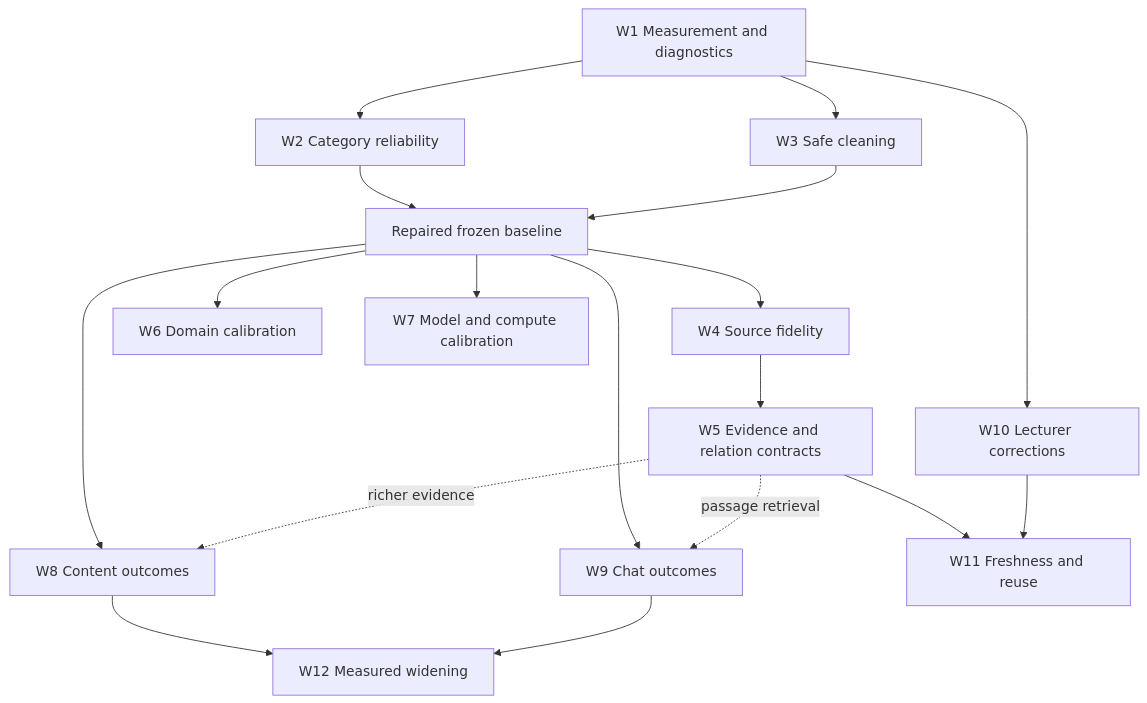
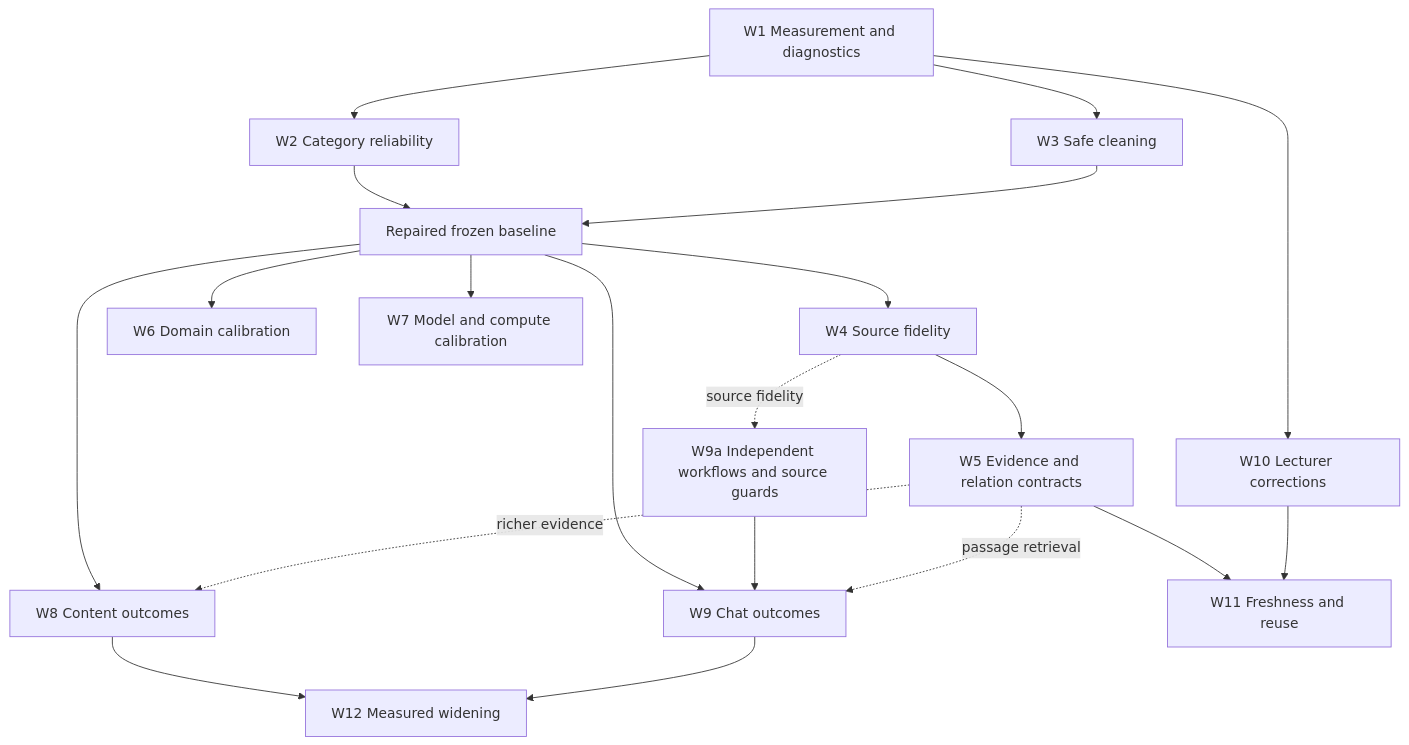
One commit to uzh-bf/klicker-uzh changed the diagram in project/2026-09-12-kg-quality-roadmap.md. Above: the diagram before and after it, drawn with Mermaid. The commit also changed other lines of this file and 14 other files, not shown here.

Commit message:
fix(knowledge): keep ingestion and graph workflows independent (#6460)

````diff
--- a/project/2026-09-12-kg-quality-roadmap.md
+++ b/project/2026-09-12-kg-quality-roadmap.md
@@ -364,20 +416,22 @@
 ```mermaid
 flowchart TD
   W1[W1 Measurement and diagnostics] --> W2[W2 Category reliability]
   W1 --> W3[W3 Safe cleaning]
   W2 --> R[Repaired frozen baseline]
   W3 --> R
   R --> W4[W4 Source fidelity]
   W4 --> W5[W5 Evidence and relation contracts]
   R --> W6[W6 Domain calibration]
   R --> W7[W7 Model and compute calibration]
   R --> W8[W8 Content outcomes]
   R --> W9[W9 Chat outcomes]
+  W4 -. source fidelity .-> W9a[W9a Independent workflows and source guards]
+  W9a --> W9
   W5 -. richer evidence .-> W8
   W5 -. passage retrieval .-> W9
   W1 --> W10[W10 Lecturer corrections]
   W5 --> W11[W11 Freshness and reuse]
   W10 --> W11
   W8 --> W12[W12 Measured widening]
   W9 --> W12
 ```
````
